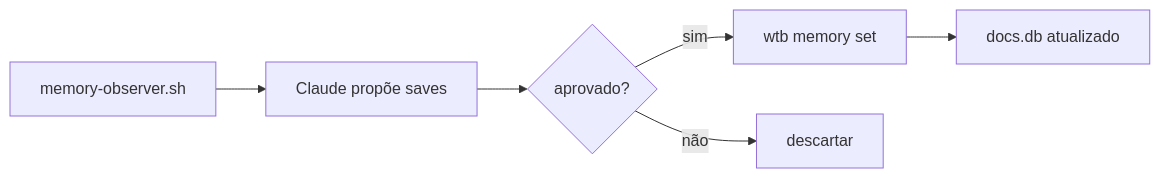
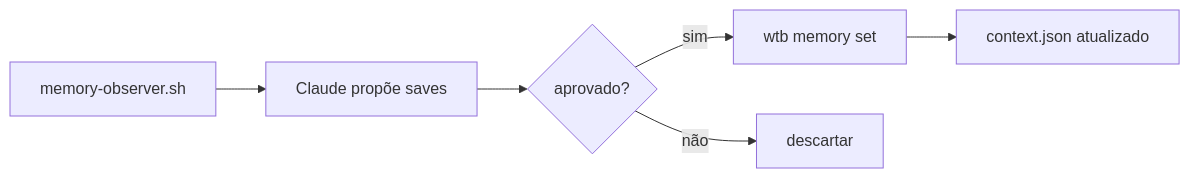
One commit to geraldothuler/workflow-starter changed the diagram in docs/guides/memory-system.md. Above: the diagram before and after it, drawn with Mermaid. The commit also changed other lines of this file and 43 other files, not shown here.

````diff
--- a/docs/guides/memory-system.md
+++ b/docs/guides/memory-system.md
@@ -29,8 +27,8 @@
 ```mermaid
 flowchart LR
     A[memory-observer.sh] --> B[Claude propõe saves]
     B --> C{aprovado?}
     C -->|sim| D[wtb memory set]
     C -->|não| E[descartar]
-    D --> F[docs.db atualizado]
+    D --> F[context.json atualizado]
 ```
````
